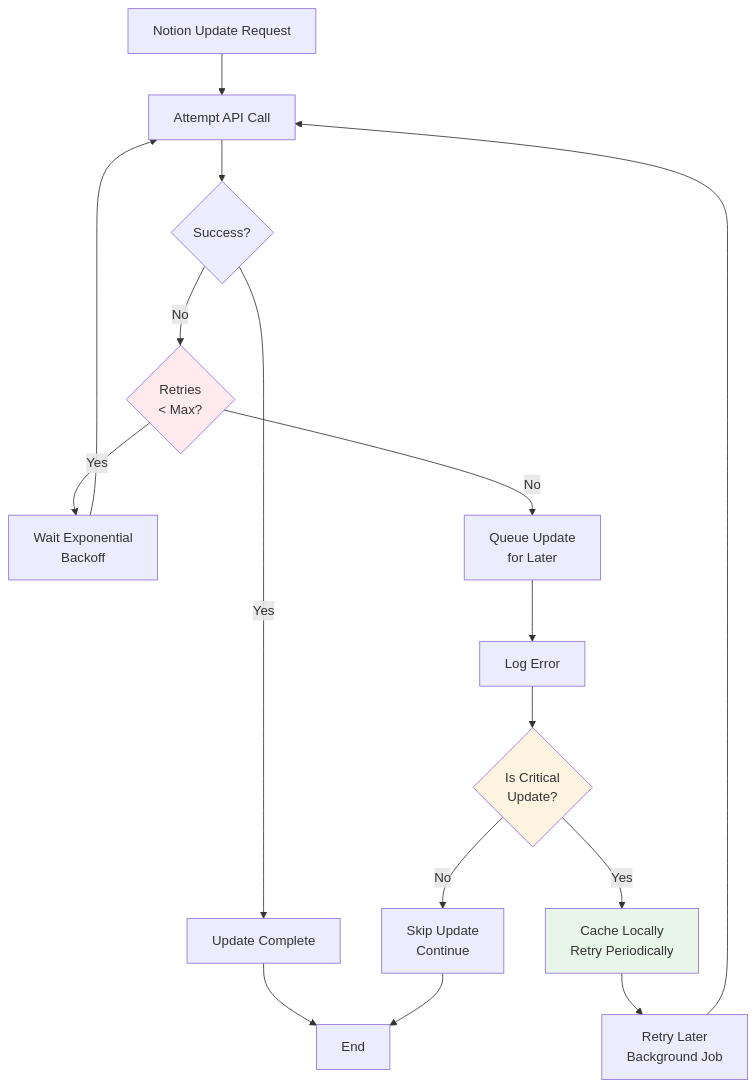
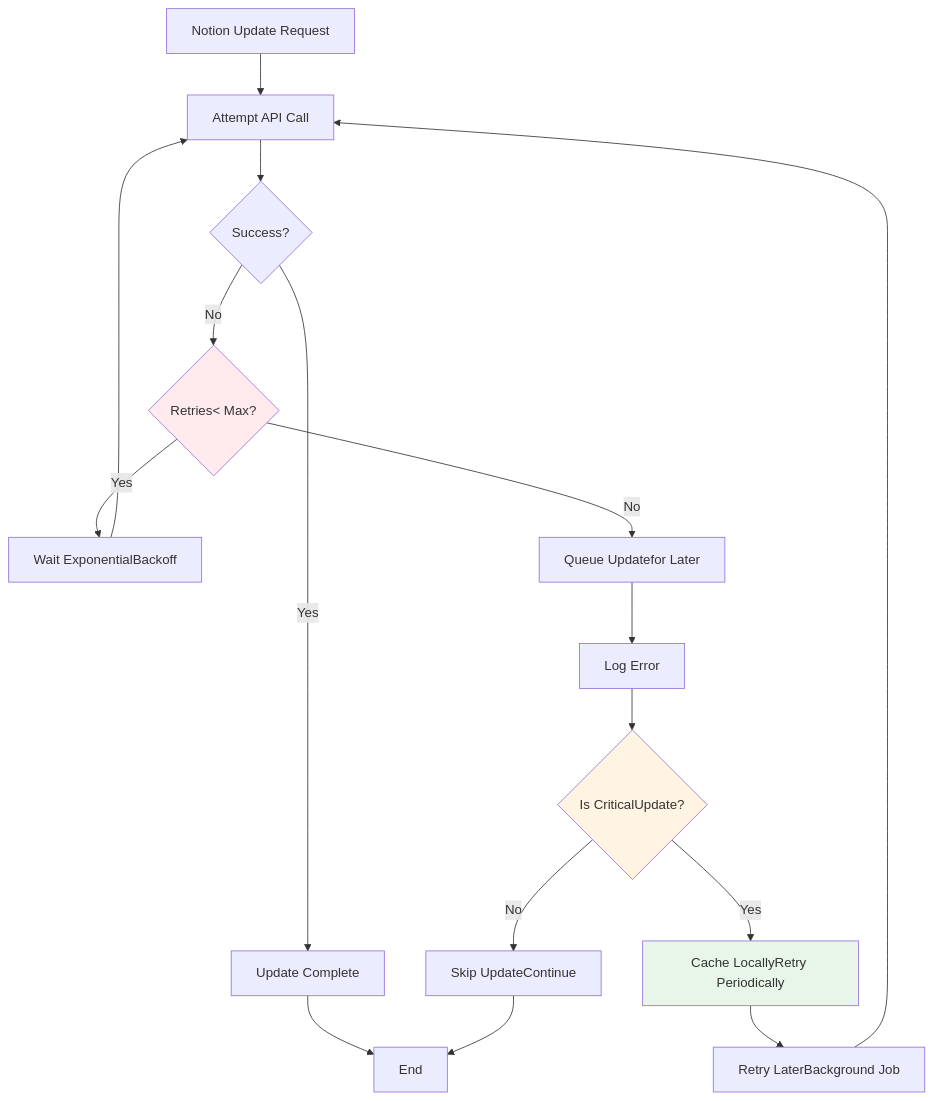
Before and after one commit to jak-pan/super-brainstorm-bot: diagram 13 of 16 in ARCHITECTURE.md, drawn with Mermaid. The commit also changed other lines of this file, not shown here.

Commit message:
Fix: Remove HTML br tags from Mermaid diagrams for GitHub compatibility

````diff
--- a/ARCHITECTURE.md
+++ b/ARCHITECTURE.md
@@ -1085,28 +1085,28 @@
 ```mermaid
 flowchart TD
     Start[Notion Update Request] --> Attempt[Attempt API Call]
     Attempt --> Success{Success?}
     
     Success -->|Yes| Complete[Update Complete]
     
-    Success -->|No| CheckRetries{Retries<br/>< Max?}
-    CheckRetries -->|Yes| WaitBackoff[Wait Exponential<br/>Backoff]
+    Success -->|No| CheckRetries{Retries< Max?}
+    CheckRetries -->|Yes| WaitBackoff[Wait ExponentialBackoff]
     WaitBackoff --> Attempt
     
-    CheckRetries -->|No| QueueUpdate[Queue Update<br/>for Later]
+    CheckRetries -->|No| QueueUpdate[Queue Updatefor Later]
     QueueUpdate --> LogError[Log Error]
-    LogError --> Fallback{Is Critical<br/>Update?}
+    LogError --> Fallback{Is CriticalUpdate?}
     
-    Fallback -->|Yes| LocalCache[Cache Locally<br/>Retry Periodically]
-    Fallback -->|No| SkipUpdate[Skip Update<br/>Continue]
+    Fallback -->|Yes| LocalCache[Cache LocallyRetry Periodically]
+    Fallback -->|No| SkipUpdate[Skip UpdateContinue]
     
-    LocalCache --> RetryLater[Retry Later<br/>Background Job]
+    LocalCache --> RetryLater[Retry LaterBackground Job]
     RetryLater --> Attempt
     
     Complete --> End[End]
     SkipUpdate --> End
     
     style CheckRetries fill:#ffebee
     style Fallback fill:#fff4e1
     style LocalCache fill:#e8f5e9
 ```
````
